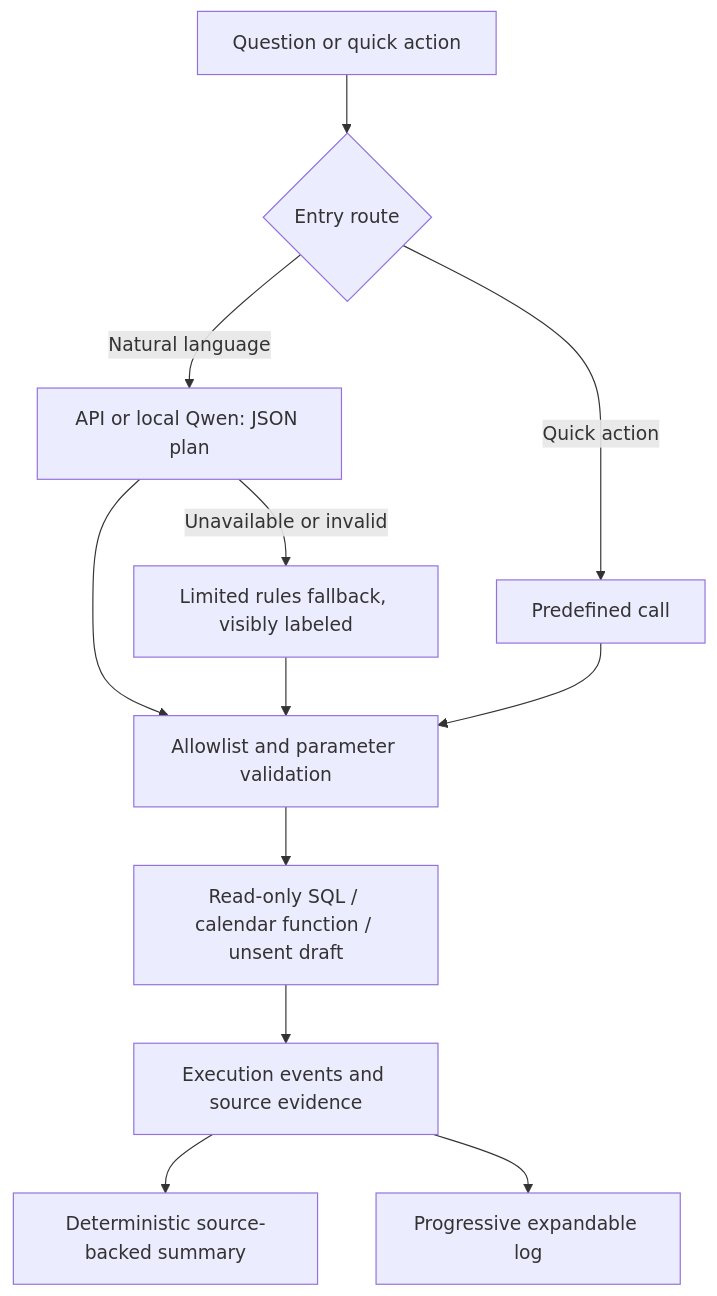
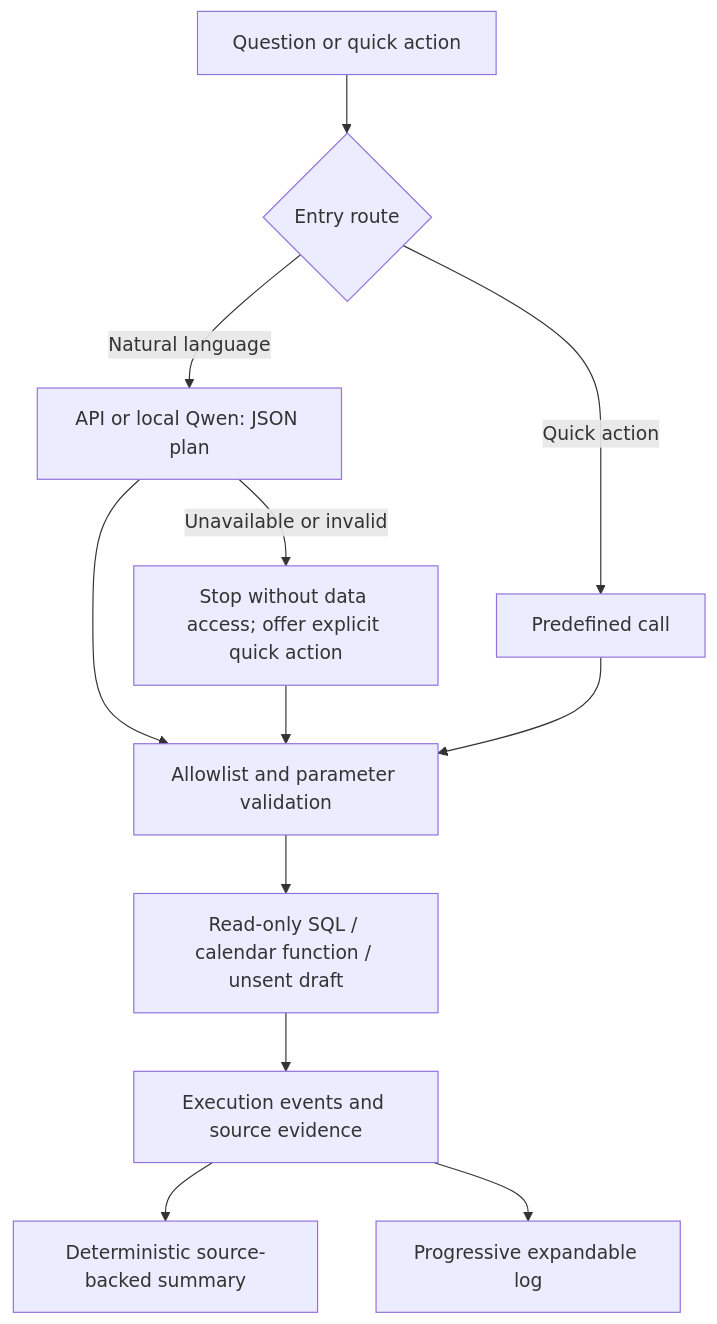
The diagram in docs/ARCHITECTURE-EVOLUTION.md (ericli-88/Clinical-Trial-Risk-Agent), drawn with Mermaid before and after one commit. The commit also changed other lines of this file and 27 other files, not shown here.

Commit message:
Ground CRC workflows in clinical workbook schemas with typed charts and private startup

````diff
--- a/docs/ARCHITECTURE-EVOLUTION.md
+++ b/docs/ARCHITECTURE-EVOLUTION.md
@@ -24,14 +24,14 @@
 ```mermaid
 flowchart TD
     U[Question or quick action] --> R{Entry route}
     R -->|Quick action| P[Predefined call]
     R -->|Natural language| L[API or local Qwen: JSON plan]
     L --> V[Allowlist and parameter validation]
-    L -->|Unavailable or invalid| F[Limited rules fallback, visibly labeled]
+    L -->|Unavailable or invalid| F[Stop without data access; offer explicit quick action]
     F --> V
     P --> V
     V --> T[Read-only SQL / calendar function / unsent draft]
     T --> E[Execution events and source evidence]
     E --> A[Deterministic source-backed summary]
     E --> UI[Progressive expandable log]
 ```
````
